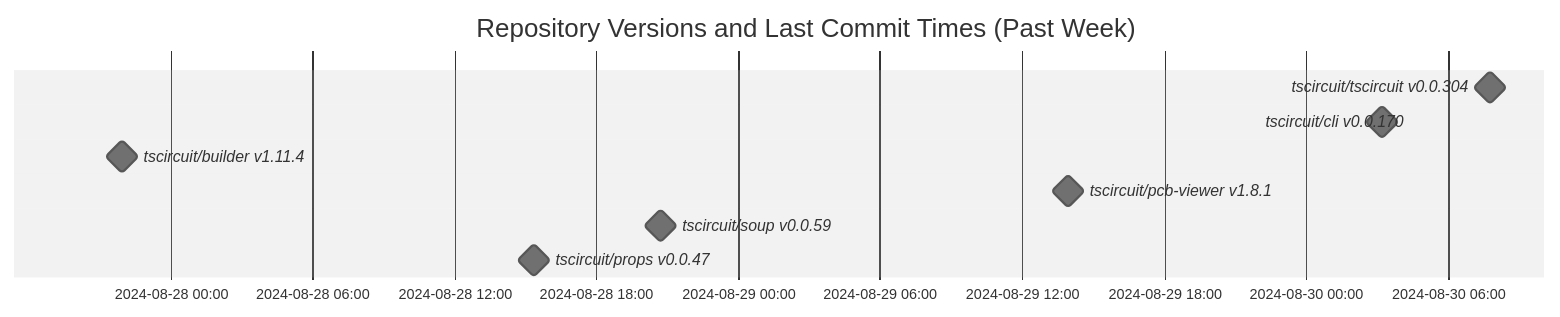
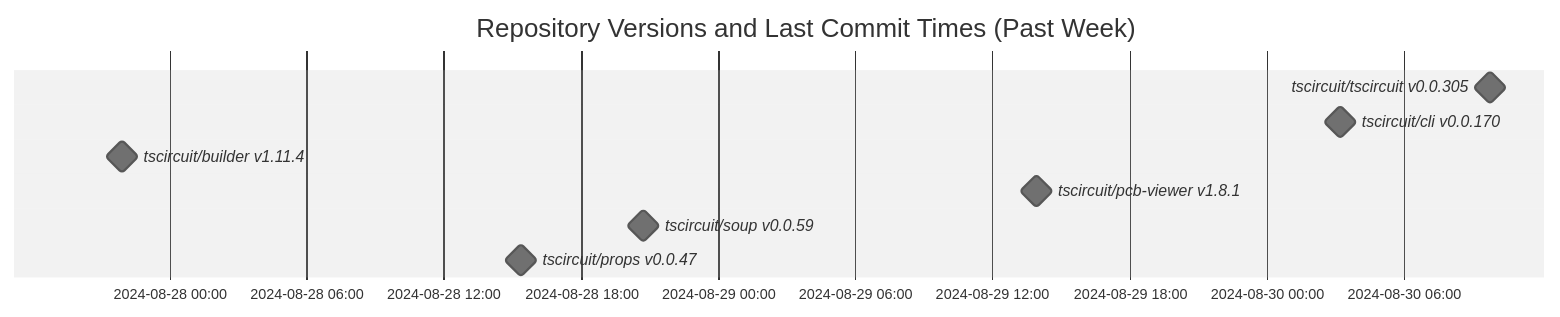
One commit to tscircuit/version-tracker changed the diagram in README.md. Above: the diagram before and after it, drawn with Mermaid (neutral theme).

Commit message:
Update chart

````diff
--- a/README.md
+++ b/README.md
@@ -1,13 +1,13 @@
 ```mermaid
 gantt
   dateFormat  YYYY-MM-DD HH:mm:ss
   title Repository Versions and Last Commit Times (Past Week)
   axisFormat %Y-%m-%d %H:%M
 
-  tscircuit/tscircuit v0.0.304 : milestone, 2024-08-30 07:47:21, 1s
+  tscircuit/tscircuit v0.0.305 : milestone, 2024-08-30 09:45:32, 1s
   tscircuit/cli v0.0.170 : milestone, 2024-08-30 03:13:02, 1s
   tscircuit/builder v1.11.4 : milestone, 2024-08-27 21:56:45, 1s
   tscircuit/pcb-viewer v1.8.1 : milestone, 2024-08-29 13:56:55, 1s
   tscircuit/soup v0.0.59 : milestone, 2024-08-28 20:42:30, 1s
   tscircuit/props v0.0.47 : milestone, 2024-08-28 15:22:20, 1s
 ```
````
